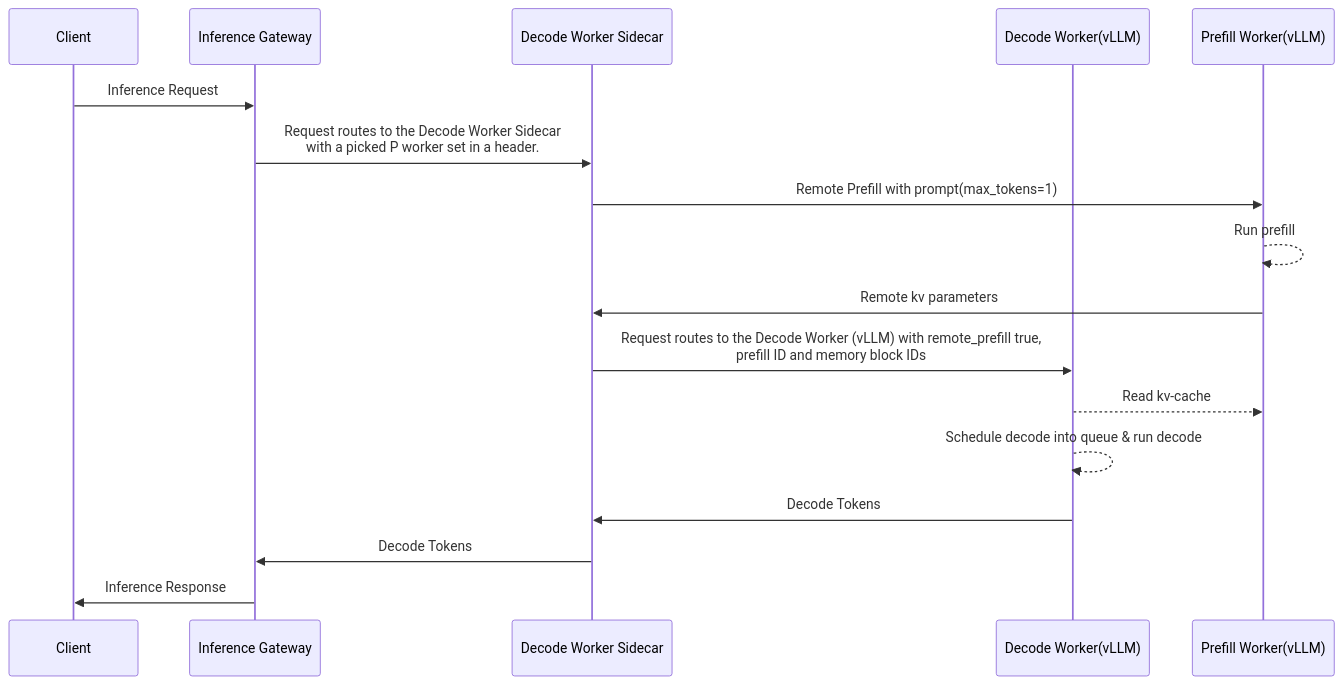
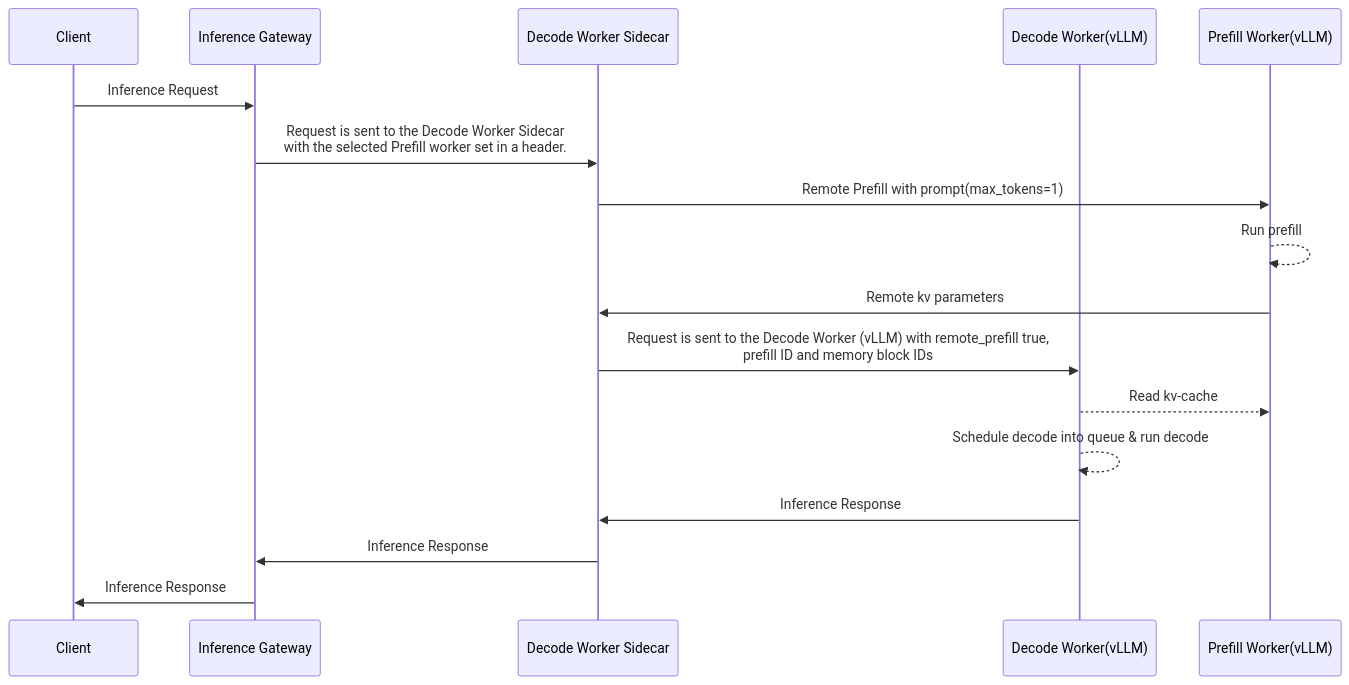
One commit to mayabar/llm-d-inference-scheduler changed the diagram in docs/disagg_pd.md. Above: the diagram before and after it, drawn with Mermaid. The commit also changed other lines of this file, not shown here.

````diff
--- a/docs/disagg_pd.md
+++ b/docs/disagg_pd.md
@@ -63,21 +63,21 @@
 ```mermaid
 sequenceDiagram
   participant C as Client
   participant I as Inference Gateway
   participant DS as Decode Worker Sidecar
   participant D as Decode Worker(vLLM)
   participant P as Prefill Worker(vLLM)
 
 
   C->>I: Inference Request
-  I->>DS: Request routes to the Decode Worker Sidecar <br/> with a picked P worker set in a header.
+  I->>DS: Request is sent to the Decode Worker Sidecar <br/> with the selected Prefill worker set in a header.
   DS->>P: Remote Prefill with prompt(max_tokens=1)
   P-->>P: Run prefill
   P->>DS: Remote kv parameters
-  DS->> D: Request routes to the Decode Worker (vLLM) with remote_prefill true, <br/>prefill ID and memory block IDs 
+  DS->> D: Request is sent to the Decode Worker (vLLM) with remote_prefill true, <br/>prefill ID and memory block IDs 
         D-->>P: Read kv-cache
         D-->>D: Schedule decode into queue & run decode
-  D->>DS: Decode Tokens
-  DS->>I: Decode Tokens
+  D->>DS: Inference Response
+  DS->>I: Inference Response
   I->>C: Inference Response
 ```
````
